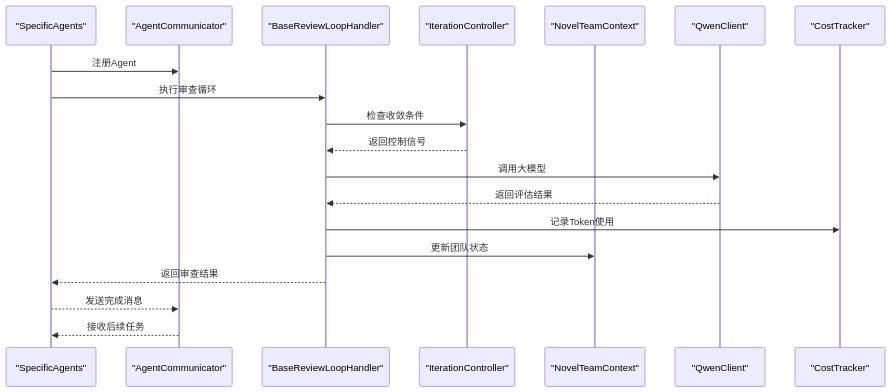
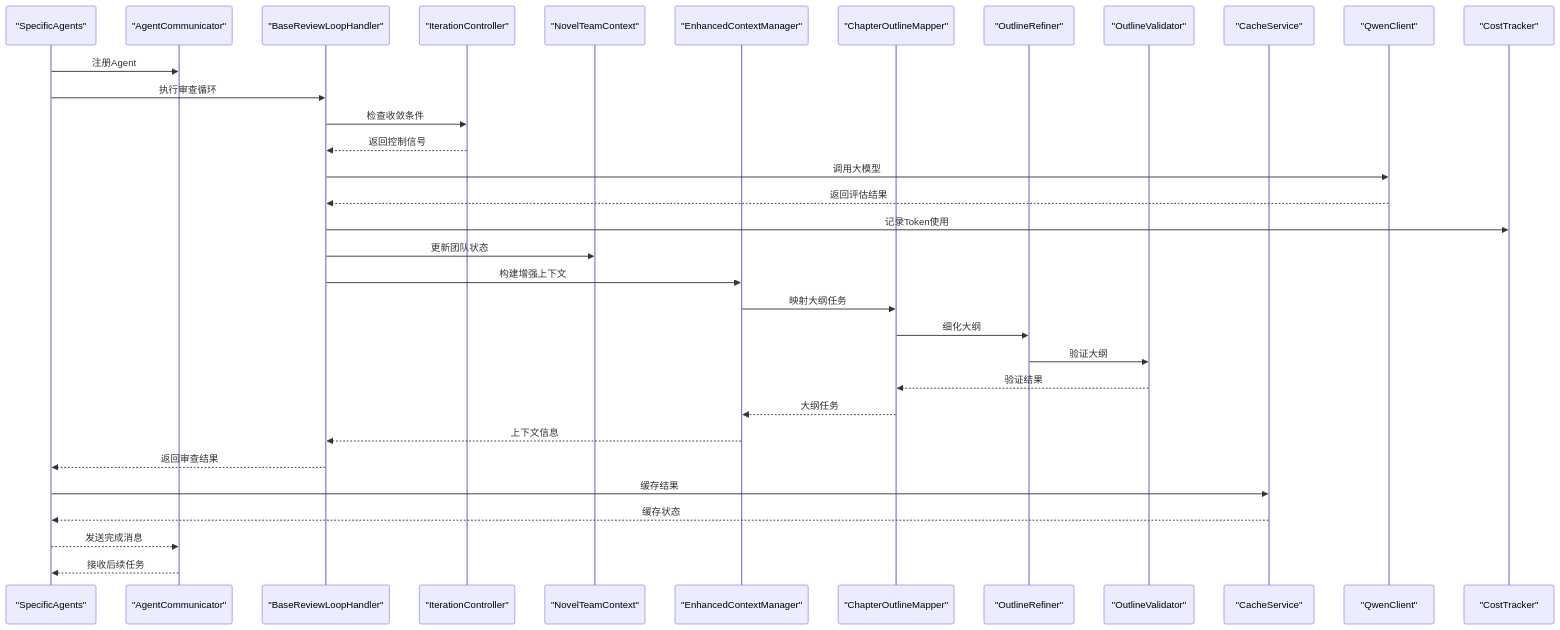
One commit to xfbyxq/ai-novel-system changed the second of 16 diagrams in .qoder/repowiki/zh/content/AI智能体系统/AI智能体系统.md. Above: the diagram before and after it, drawn with Mermaid. The commit also changed other lines of this file and 6 other files, not shown here.

First line of the commit message:
feat(architecture): 完善智能体系统核心组件与架构文档

````diff
--- a/.qoder/repowiki/zh/content/AI智能体系统/AI智能体系统.md
+++ b/.qoder/repowiki/zh/content/AI智能体系统/AI智能体系统.md
@@ -188,21 +228,35 @@
 ```mermaid
 sequenceDiagram
 participant Agent as "SpecificAgents"
 participant Comm as "AgentCommunicator"
 participant Base as "BaseReviewLoopHandler"
 participant IC as "IterationController"
 participant TC as "NovelTeamContext"
+participant ECM as "EnhancedContextManager"
+participant COM as "ChapterOutlineMapper"
+participant OR as "OutlineRefiner"
+participant OV as "OutlineValidator"
+participant CS as "CacheService"
 participant Qwen as "QwenClient"
 participant Tracker as "CostTracker"
 Agent->>Comm : 注册Agent
 Agent->>Base : 执行审查循环
 Base->>IC : 检查收敛条件
 IC-->>Base : 返回控制信号
 Base->>Qwen : 调用大模型
 Qwen-->>Base : 返回评估结果
 Base->>Tracker : 记录Token使用
 Base->>TC : 更新团队状态
+Base->>ECM : 构建增强上下文
+ECM->>COM : 映射大纲任务
+COM->>OR : 细化大纲
+OR->>OV : 验证大纲
+OV-->>COM : 验证结果
+COM-->>ECM : 大纲任务
+ECM-->>Base : 上下文信息
 Base-->>Agent : 返回审查结果
+Agent->>CS : 缓存结果
+CS-->>Agent : 缓存状态
 Agent-->>Comm : 发送完成消息
 Comm-->>Agent : 接收后续任务
 ```
````
